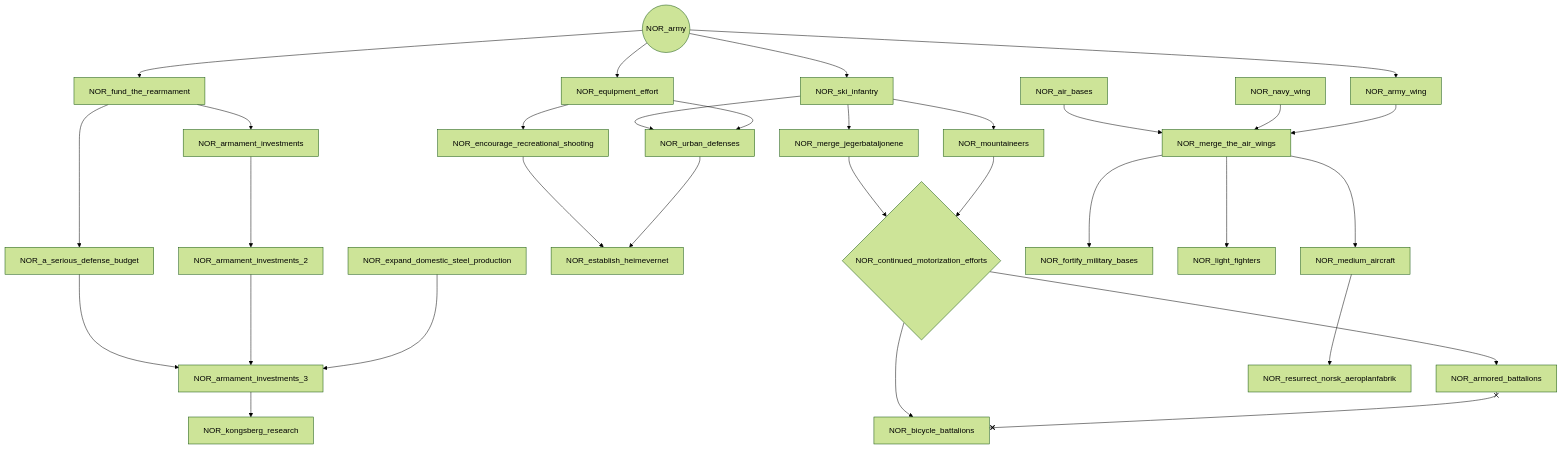
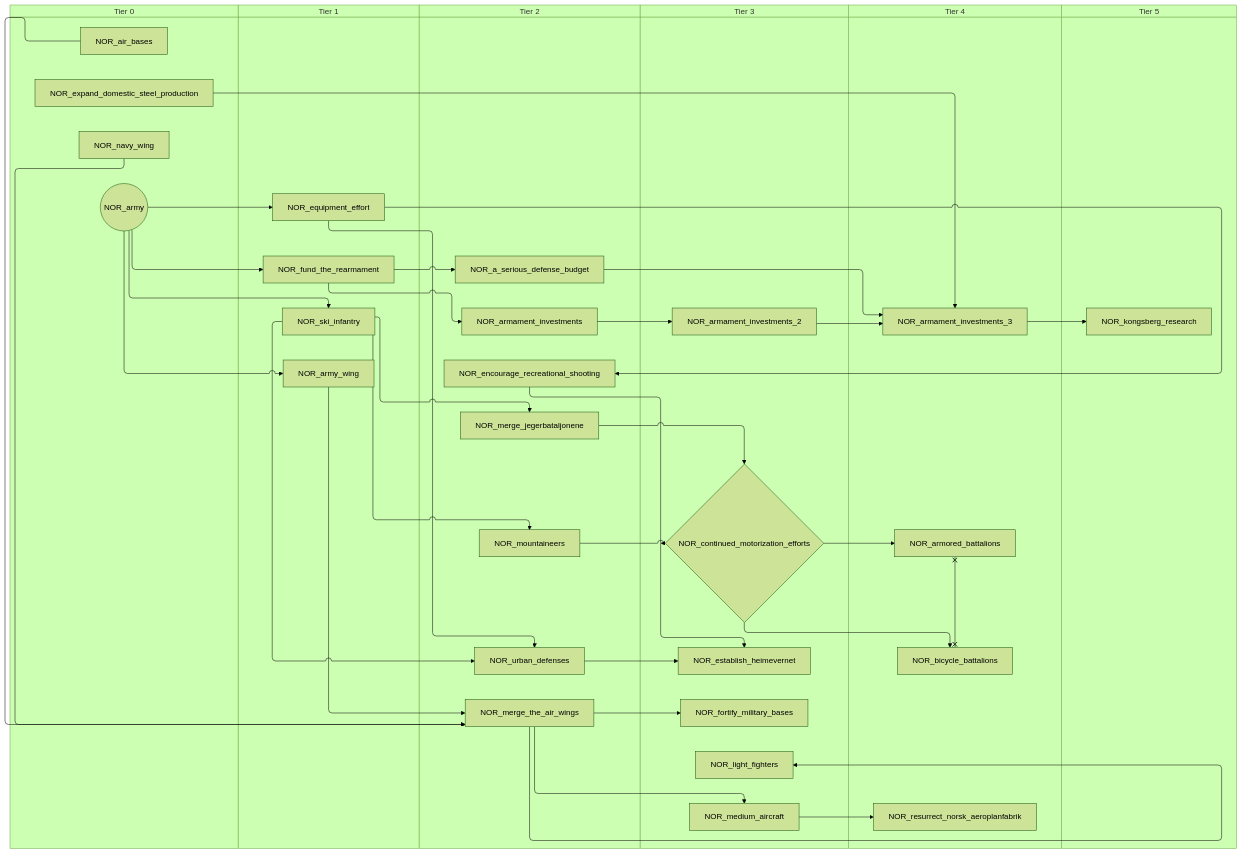
Before and after one commit to evgeny-sobol/hoi4-sandbox-mode-r56: the second of 9 diagrams in docs/gdd/National Focuses/r56/r56_norway.md, drawn with Mermaid (forest theme). The commit also changed other lines of this file and 423 other files, not shown here.

First line of the commit message:
Re-export Rt56 focus trees as swimlane diagrams

````diff
--- a/docs/gdd/National Focuses/r56/r56_norway.md
+++ b/docs/gdd/National Focuses/r56/r56_norway.md
@@ -24,59 +32,71 @@
 ```mermaid
-flowchart TD
-    n9["NOR_a_serious_defense_budget"]
-    n1["NOR_air_bases"]
-    n10["NOR_armament_investments"]
-    n11["NOR_armament_investments_2"]
-    n12["NOR_armament_investments_3"]
-    n13["NOR_armored_battalions"]
-    n14(("NOR_army"))
-    n2["NOR_army_wing"]
-    n15["NOR_bicycle_battalions"]
-    n16{"NOR_continued_motorization_efforts"}
-    n17["NOR_encourage_recreational_shooting"]
-    n18["NOR_equipment_effort"]
-    n19["NOR_establish_heimevernet"]
-    n20["NOR_expand_domestic_steel_production"]
-    n3["NOR_fortify_military_bases"]
-    n21["NOR_fund_the_rearmament"]
-    n22["NOR_kongsberg_research"]
-    n4["NOR_light_fighters"]
-    n5["NOR_medium_aircraft"]
-    n23["NOR_merge_jegerbataljonene"]
-    n6["NOR_merge_the_air_wings"]
-    n24["NOR_mountaineers"]
-    n7["NOR_navy_wing"]
-    n8["NOR_resurrect_norsk_aeroplanfabrik"]
-    n25["NOR_ski_infantry"]
-    n26["NOR_urban_defenses"]
-    n21 --> n9
-    n21 --> n10
-    n10 --> n11
+swimlane-beta TD
+    subgraph tier_0["Tier 0"]
+        n1["NOR_air_bases"]
+        n9(("NOR_army"))
+        n10["NOR_expand_domestic_steel_production"]
+        n3["NOR_navy_wing"]
+    end
+    subgraph tier_1["Tier 1"]
+        n2["NOR_army_wing"]
+        n11["NOR_equipment_effort"]
+        n12["NOR_fund_the_rearmament"]
+        n13["NOR_ski_infantry"]
+    end
+    subgraph tier_2["Tier 2"]
+        n14["NOR_a_serious_defense_budget"]
+        n15["NOR_armament_investments"]
+        n16["NOR_encourage_recreational_shooting"]
+        n17["NOR_merge_jegerbataljonene"]
+        n4["NOR_merge_the_air_wings"]
+        n18["NOR_mountaineers"]
+        n19["NOR_urban_defenses"]
+    end
+    subgraph tier_3["Tier 3"]
+        n20["NOR_armament_investments_2"]
+        n21{"NOR_continued_motorization_efforts"}
+        n22["NOR_establish_heimevernet"]
+        n5["NOR_fortify_military_bases"]
+        n6["NOR_light_fighters"]
+        n7["NOR_medium_aircraft"]
+    end
+    subgraph tier_4["Tier 4"]
+        n23["NOR_armament_investments_3"]
+        n24["NOR_armored_battalions"]
+        n25["NOR_bicycle_battalions"]
+        n8["NOR_resurrect_norsk_aeroplanfabrik"]
+    end
+    subgraph tier_5["Tier 5"]
+        n26["NOR_kongsberg_research"]
+    end
+    n12 --> n14
+    n12 --> n15
+    n15 --> n20
+    n14 --> n23
+    n20 --> n23
+    n10 --> n23
+    n21 --> n24
+    n9 --> n2
+    n21 --> n25
+    n17 --> n21
+    n18 --> n21
+    n11 --> n16
+    n9 --> n11
+    n16 --> n22
+    n19 --> n22
+    n4 --> n5
     n9 --> n12
-    n11 --> n12
-    n20 --> n12
-    n16 --> n13
-    n14 --> n2
-    n16 --> n15
-    n23 --> n16
-    n24 --> n16
-    n18 --> n17
-    n14 --> n18
-    n17 --> n19
-    n26 --> n19
-    n6 --> n3
-    n14 --> n21
-    n12 --> n22
-    n6 --> n4
-    n6 --> n5
-    n25 --> n23
-    n1 --> n6
-    n7 --> n6
-    n2 --> n6
-    n25 --> n24
-    n5 --> n8
-    n14 --> n25
-    n25 --> n26
-    n18 --> n26
-    n13 x--x n15
+    n23 --> n26
+    n4 --> n6
+    n4 --> n7
+    n13 --> n17
+    n1 --> n4
+    n3 --> n4
+    n2 --> n4
+    n13 --> n18
+    n7 --> n8
+    n9 --> n13
+    n13 --> n19
+    n11 --> n19
+    n24 x--x n25
 ```
````
